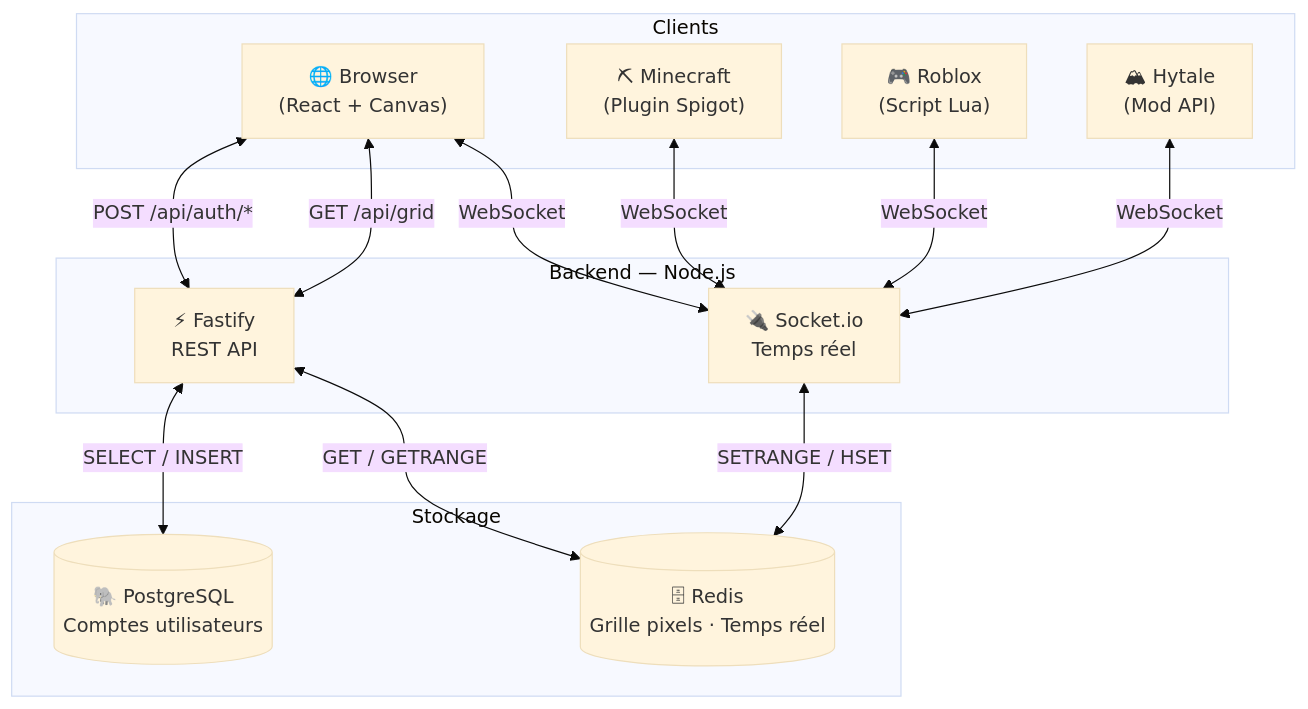
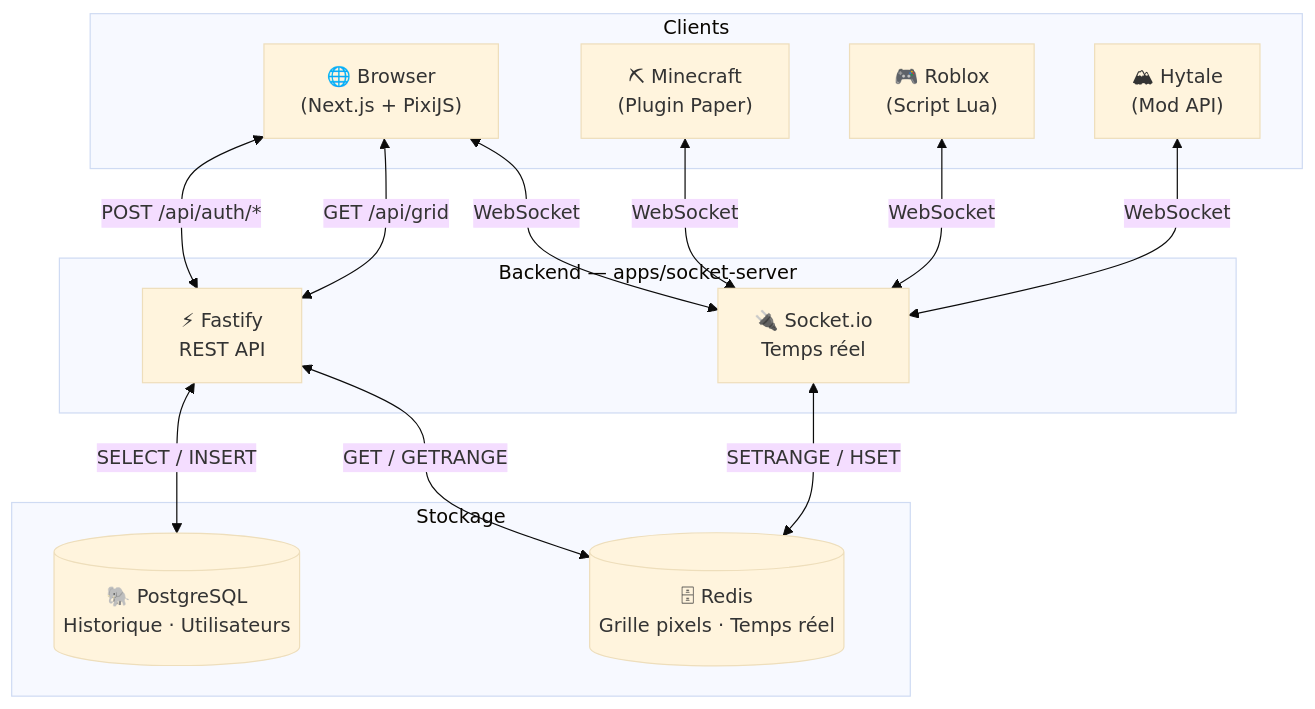
The first of 3 diagrams in README.md (MaKSiiMe/VoxelPlace), drawn with Mermaid (base theme) before and after one commit. The commit also changed other lines of this file and 101 other files, not shown here.

First line of the commit message:
feat: migrate to Turborepo monorepo with Next.js 16 and PixiJS v8

````diff
--- a/README.md
+++ b/README.md
@@ -59,29 +60,29 @@
 ```mermaid
 graph TB
     subgraph Clients
-        WEB["🌐 Browser\n(React + Canvas)"]
-        MC["⛏ Minecraft\n(Plugin Spigot)"]
+        WEB["🌐 Browser\n(Next.js + PixiJS)"]
+        MC["⛏ Minecraft\n(Plugin Paper)"]
         RB["🎮 Roblox\n(Script Lua)"]
         HY["🏔 Hytale\n(Mod API)"]
     end
 
-    subgraph Backend["Backend — Node.js"]
+    subgraph Backend["Backend — apps/socket-server"]
         API["⚡ Fastify\nREST API"]
         SIO["🔌 Socket.io\nTemps réel"]
     end
 
     subgraph Storage["Stockage"]
         REDIS[("🗄 Redis\nGrille pixels · Temps réel")]
-        PG[("🐘 PostgreSQL\nComptes utilisateurs")]
+        PG[("🐘 PostgreSQL\nHistorique · Utilisateurs")]
     end
 
     WEB  <-->|"WebSocket"| SIO
     MC   <-->|"WebSocket"| SIO
     RB   <-->|"WebSocket"| SIO
     HY   <-->|"WebSocket"| SIO
     WEB  <-->|"GET /api/grid"| API
     WEB  <-->|"POST /api/auth/*"| API
     SIO  <-->|"SETRANGE / HSET"| REDIS
     API  <-->|"GET / GETRANGE"| REDIS
     API  <-->|"SELECT / INSERT"| PG
 ```
````
